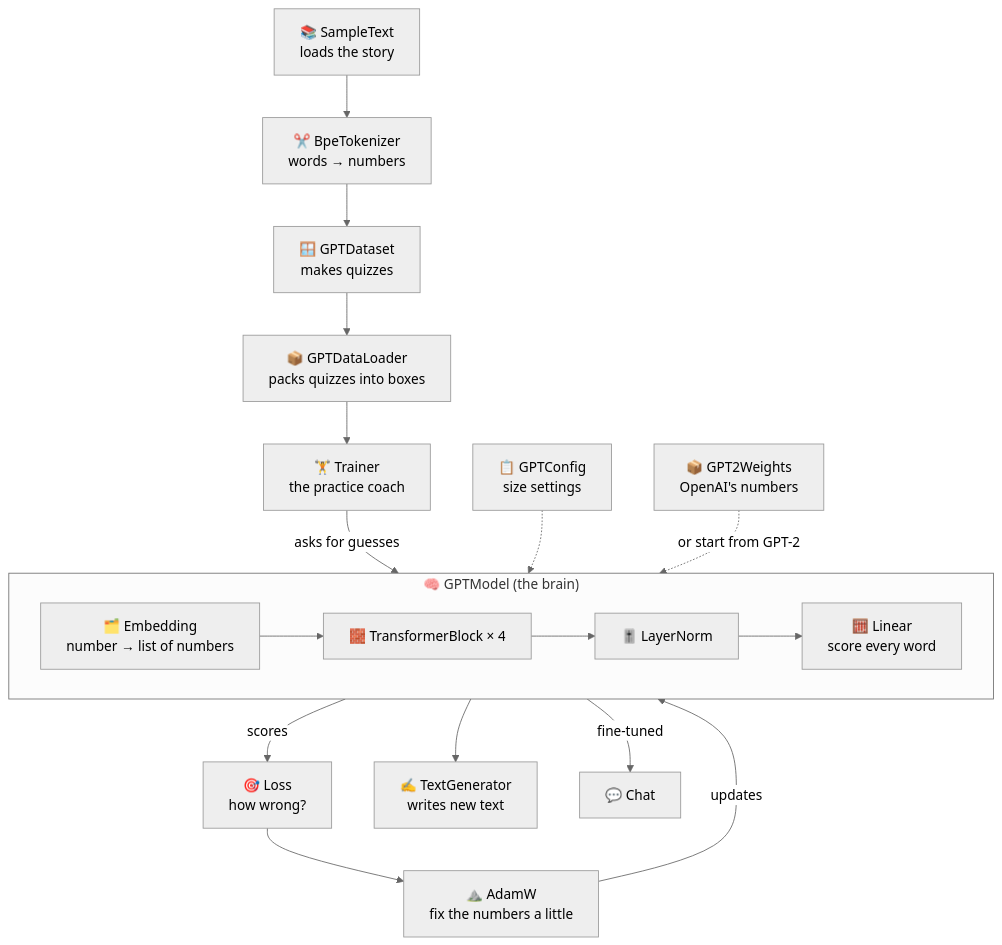
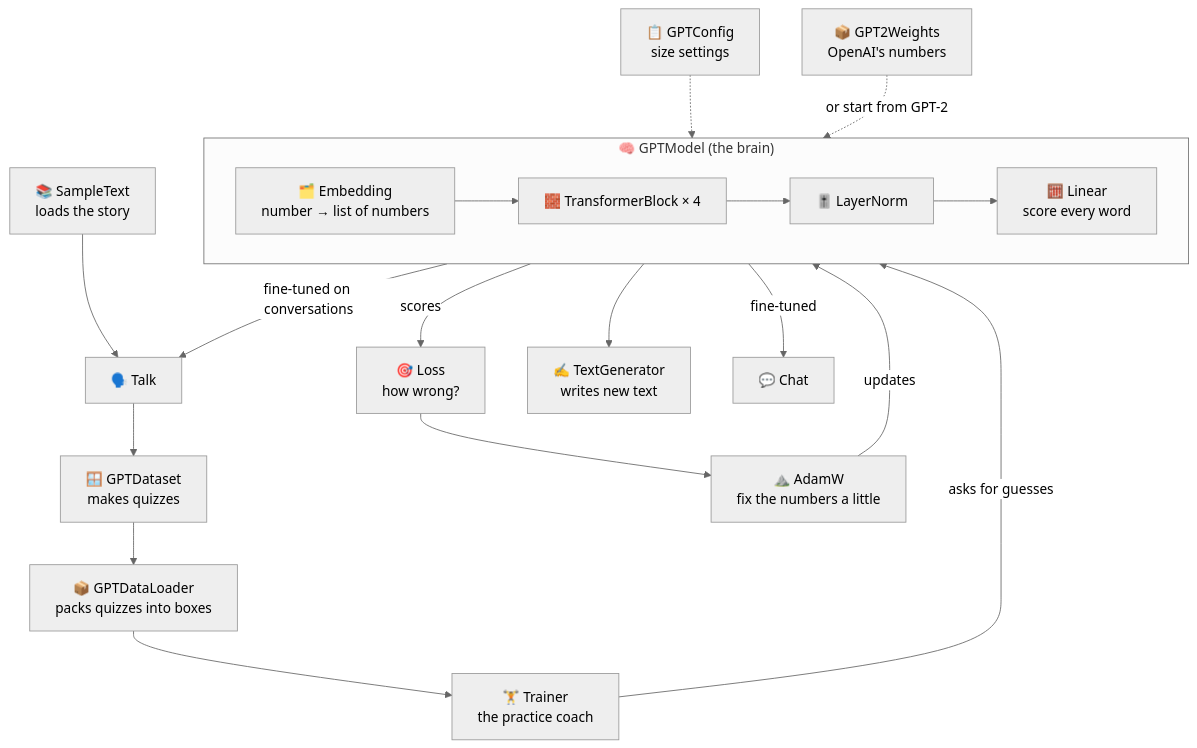
The first of 3 diagrams in docs/classes/README.md (Ranjeet0611/tinygpt), drawn with Mermaid (neutral theme) before and after one commit. The commit also changed other lines of this file and 78 other files, not shown here.

````diff
--- a/docs/classes/README.md
+++ b/docs/classes/README.md
@@ -23,22 +23,23 @@
 ```mermaid
 flowchart TD
     ST["📚 SampleText<br/>loads the story"] --> TK["✂️ BpeTokenizer<br/>words → numbers"]
     TK --> DS["🪟 GPTDataset<br/>makes quizzes"]
     DS --> DL["📦 GPTDataLoader<br/>packs quizzes into boxes"]
     DL --> TR["🏋️ Trainer<br/>the practice coach"]
 
     subgraph BRAIN["🧠 GPTModel (the brain)"]
         EM["🗂️ Embedding<br/>number → list of numbers"] --> TB["🧱 TransformerBlock × 4"]
         TB --> LNF["🎚️ LayerNorm"] --> LIN["🧮 Linear<br/>score every word"]
     end
 
     TR -->|"asks for guesses"| BRAIN
     BRAIN -->|"scores"| LS["🎯 Loss<br/>how wrong?"]
     LS --> AD["⛰️ AdamW<br/>fix the numbers a little"]
     AD -->|"updates"| BRAIN
 
     BRAIN --> TG["✍️ TextGenerator<br/>writes new text"]
     CFG["📋 GPTConfig<br/>size settings"] -.-> BRAIN
     GW["📦 GPT2Weights<br/>OpenAI's numbers"] -.->|"or start from GPT-2"| BRAIN
     BRAIN -->|"fine-tuned"| CH["💬 Chat"]
+    BRAIN -->|"fine-tuned on conversations"| TK["🗣️ Talk"]
 ```
````
